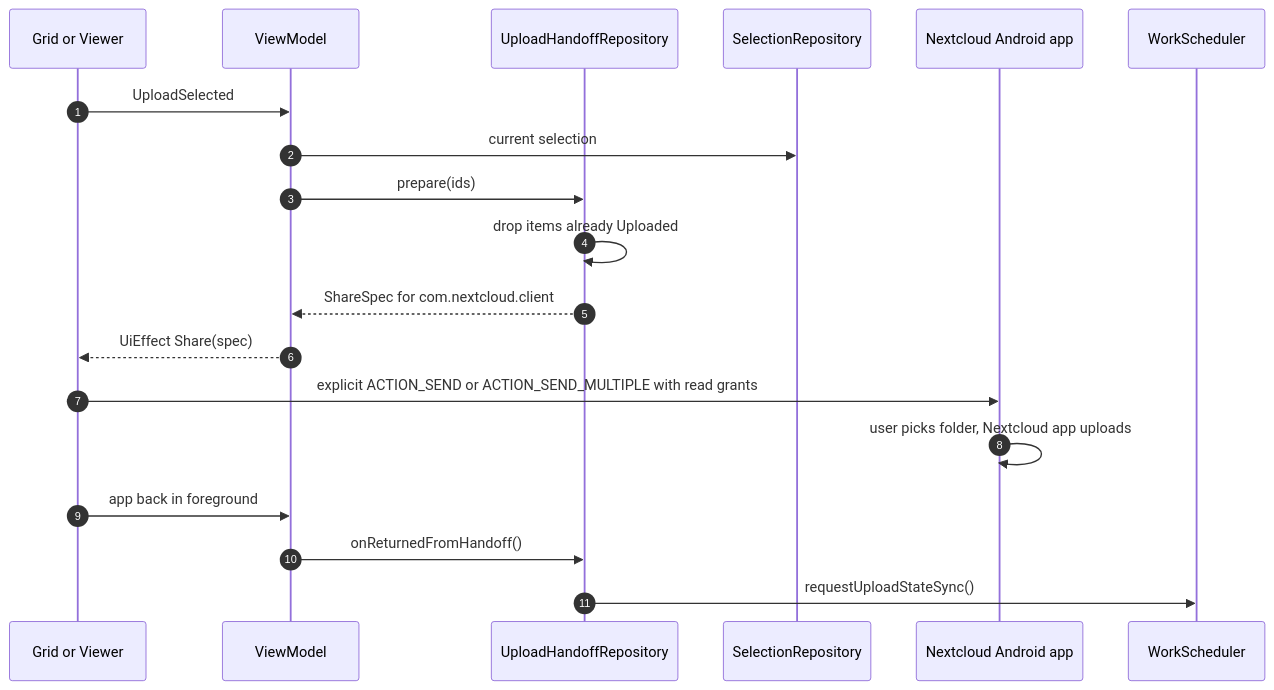
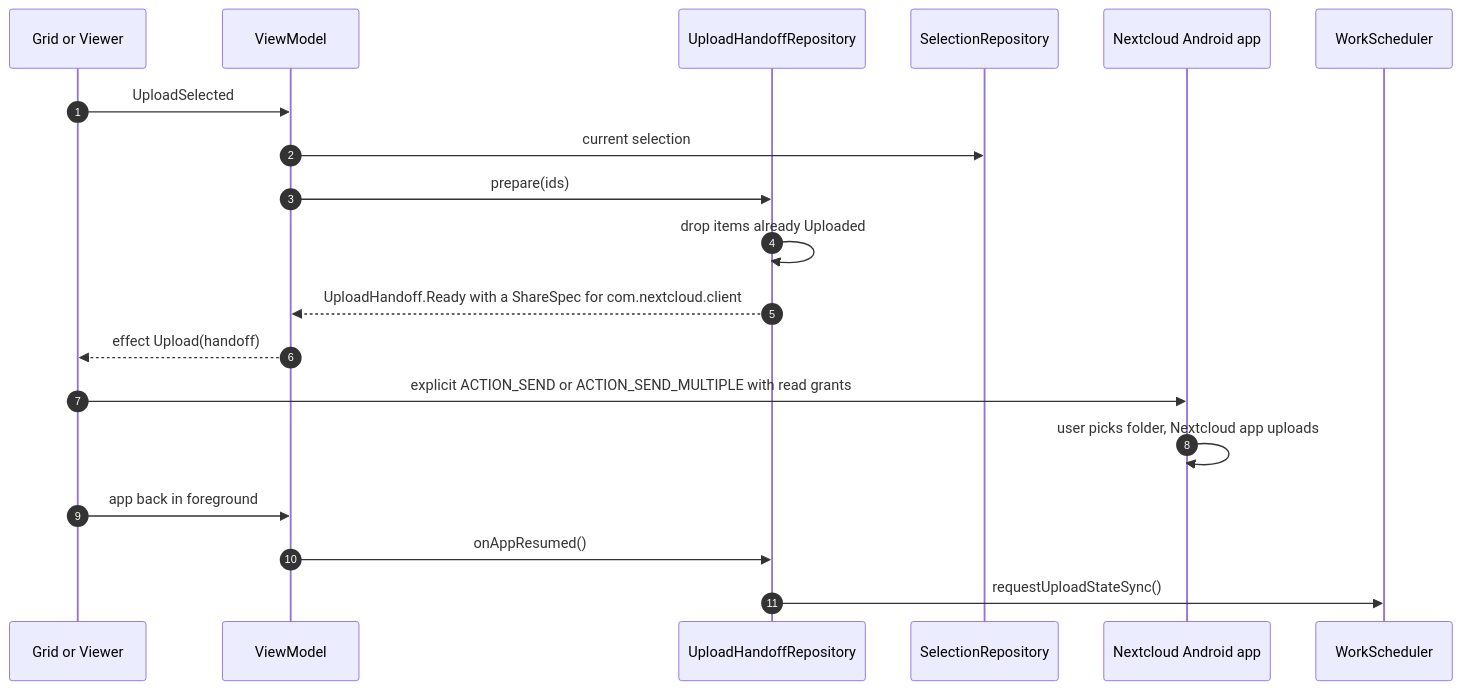
Diagram 11 of 12 in docs/ARCHITECTURE.md (drehtuer/NextGalleryApp), drawn with Mermaid before and after one commit. The commit also changed other lines of this file and 89 other files, not shown here.

Commit message:
Add the upload status check and the hand-off to the Nextcloud app

````diff
--- a/docs/ARCHITECTURE.md
+++ b/docs/ARCHITECTURE.md
@@ -783,22 +791,22 @@
 ```mermaid
 sequenceDiagram
     autonumber
     participant UI as Grid or Viewer
     participant VM as ViewModel
     participant Repo as UploadHandoffRepository
     participant Sel as SelectionRepository
     participant NC as Nextcloud Android app
     participant WS as WorkScheduler
 
     UI->>VM: UploadSelected
     VM->>Sel: current selection
     VM->>Repo: prepare(ids)
     Repo->>Repo: drop items already Uploaded
-    Repo-->>VM: ShareSpec for com.nextcloud.client
-    VM-->>UI: UiEffect Share(spec)
+    Repo-->>VM: UploadHandoff.Ready with a ShareSpec for com.nextcloud.client
+    VM-->>UI: effect Upload(handoff)
     UI->>NC: explicit ACTION_SEND or ACTION_SEND_MULTIPLE with read grants
     NC->>NC: user picks folder, Nextcloud app uploads
     UI->>VM: app back in foreground
-    VM->>Repo: onReturnedFromHandoff()
+    VM->>Repo: onAppResumed()
     Repo->>WS: requestUploadStateSync()
 ```
````
